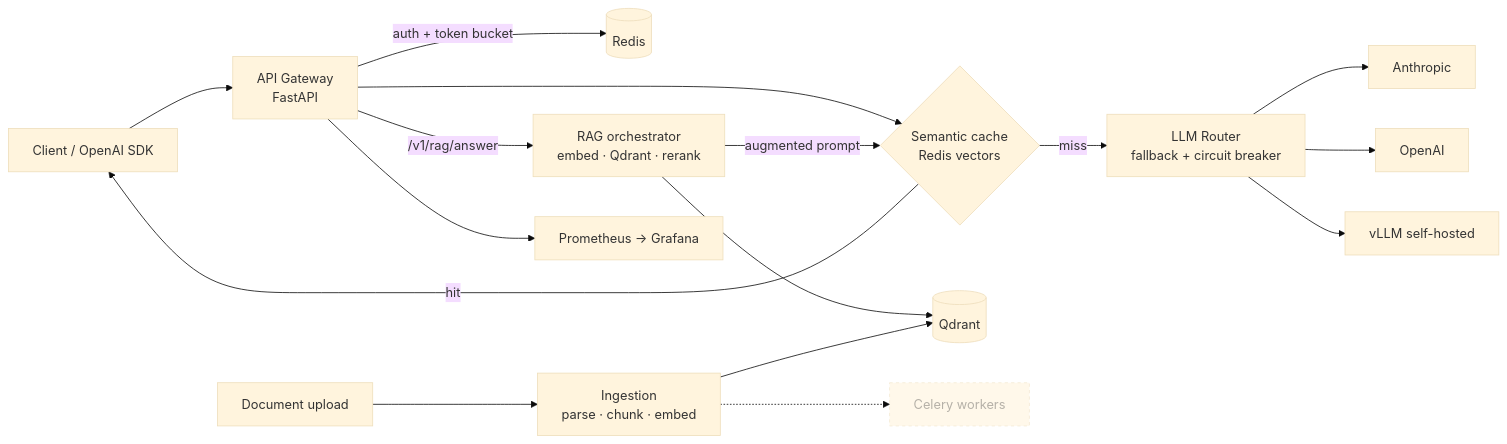
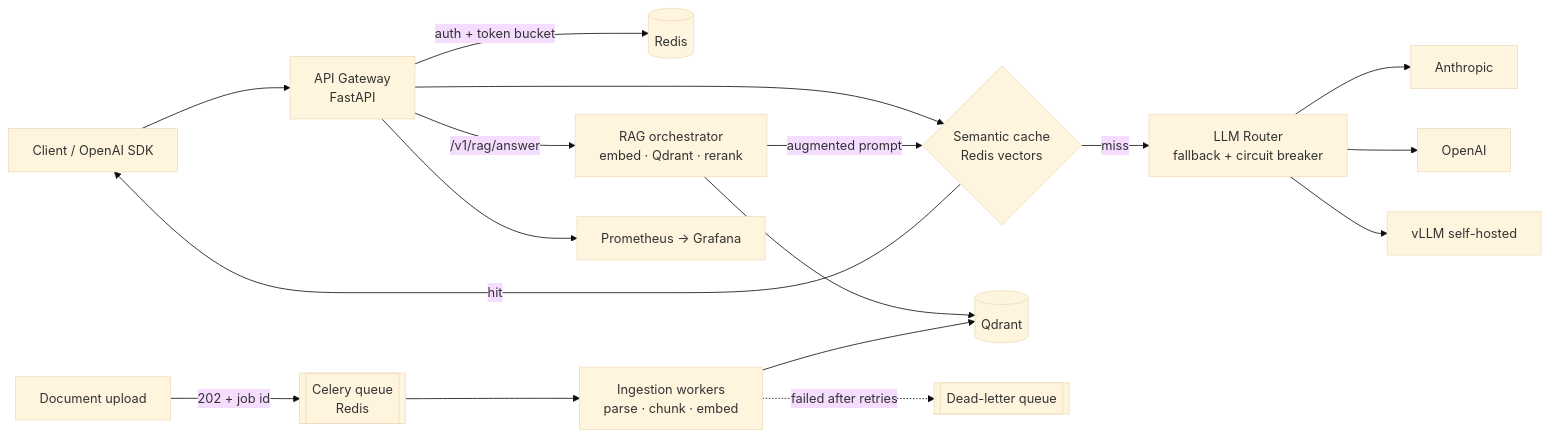
Before and after one commit to ardhendudebnath/llm-gateway-rag: the diagram in README.md, drawn with Mermaid (base theme). The commit also changed other lines of this file and 23 other files, not shown here.

````diff
--- a/README.md
+++ b/README.md
@@ -7,18 +7,19 @@
 ```mermaid
 flowchart LR
     C[Client / OpenAI SDK] --> G[API Gateway<br/>FastAPI]
     G -->|auth + token bucket| R[(Redis)]
     G --> SC{Semantic cache<br/>Redis vectors}
     SC -- hit --> C
     SC -- miss --> RT[LLM Router<br/>fallback + circuit breaker]
     RT --> A[Anthropic]
     RT --> O[OpenAI]
     RT --> V[vLLM self-hosted]
     G -->|/v1/rag/answer| RAG[RAG orchestrator<br/>embed · Qdrant · rerank]
     RAG --> QD[(Qdrant)]
     RAG -->|augmented prompt| SC
-    U[Document upload] --> ING[Ingestion<br/>parse · chunk · embed] --> QD
-    ING -.-> Q[Celery workers]:::todo
+    U[Document upload] -->|202 + job id| Q[[Celery queue<br/>Redis]]
+    Q --> W[Ingestion workers<br/>parse · chunk · embed]
+    W --> QD
+    W -. failed after retries .-> DLQ[[Dead-letter queue]]
     G --> P[Prometheus → Grafana]
-    classDef todo stroke-dasharray: 4 4,opacity:0.6
 ```
````
